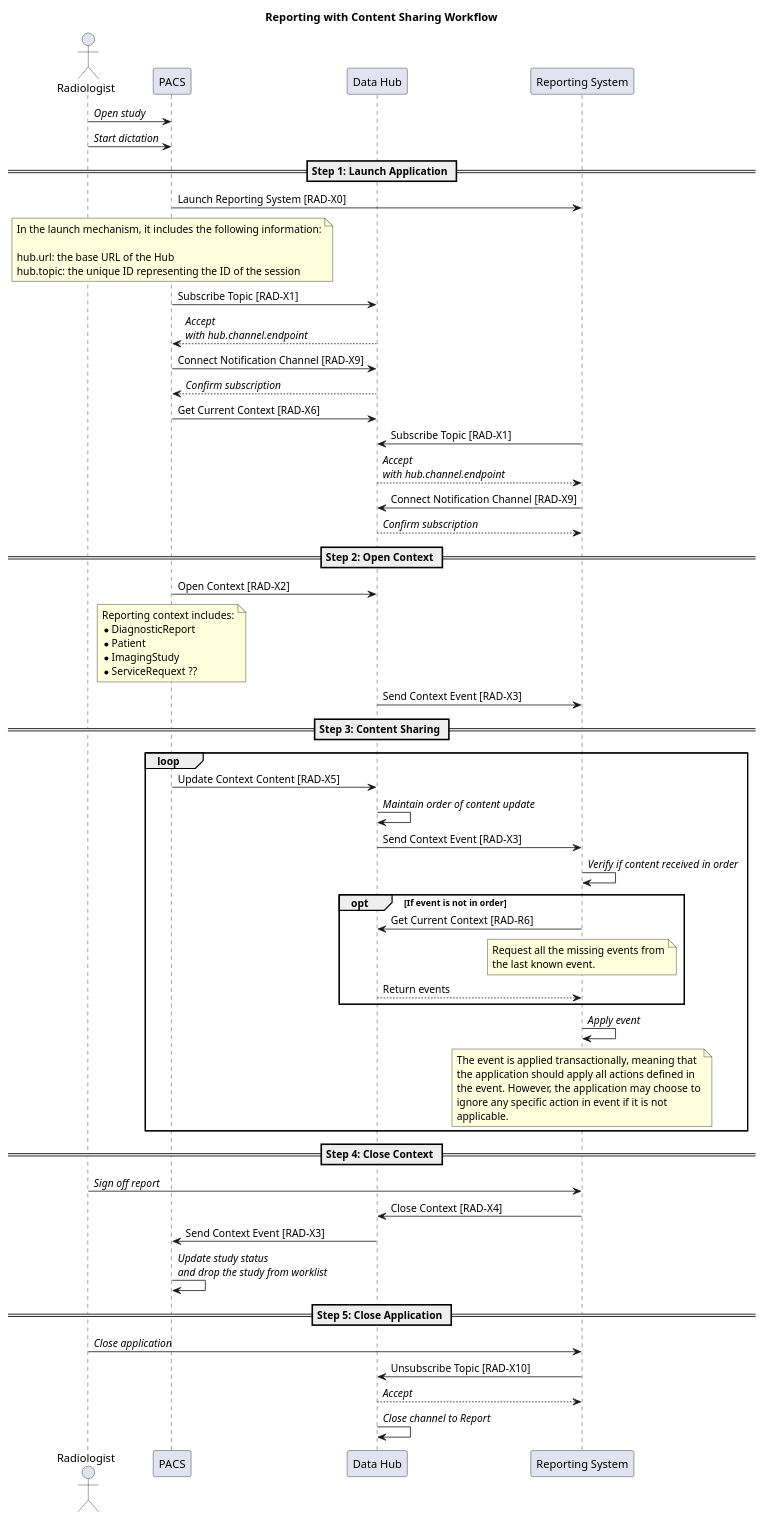
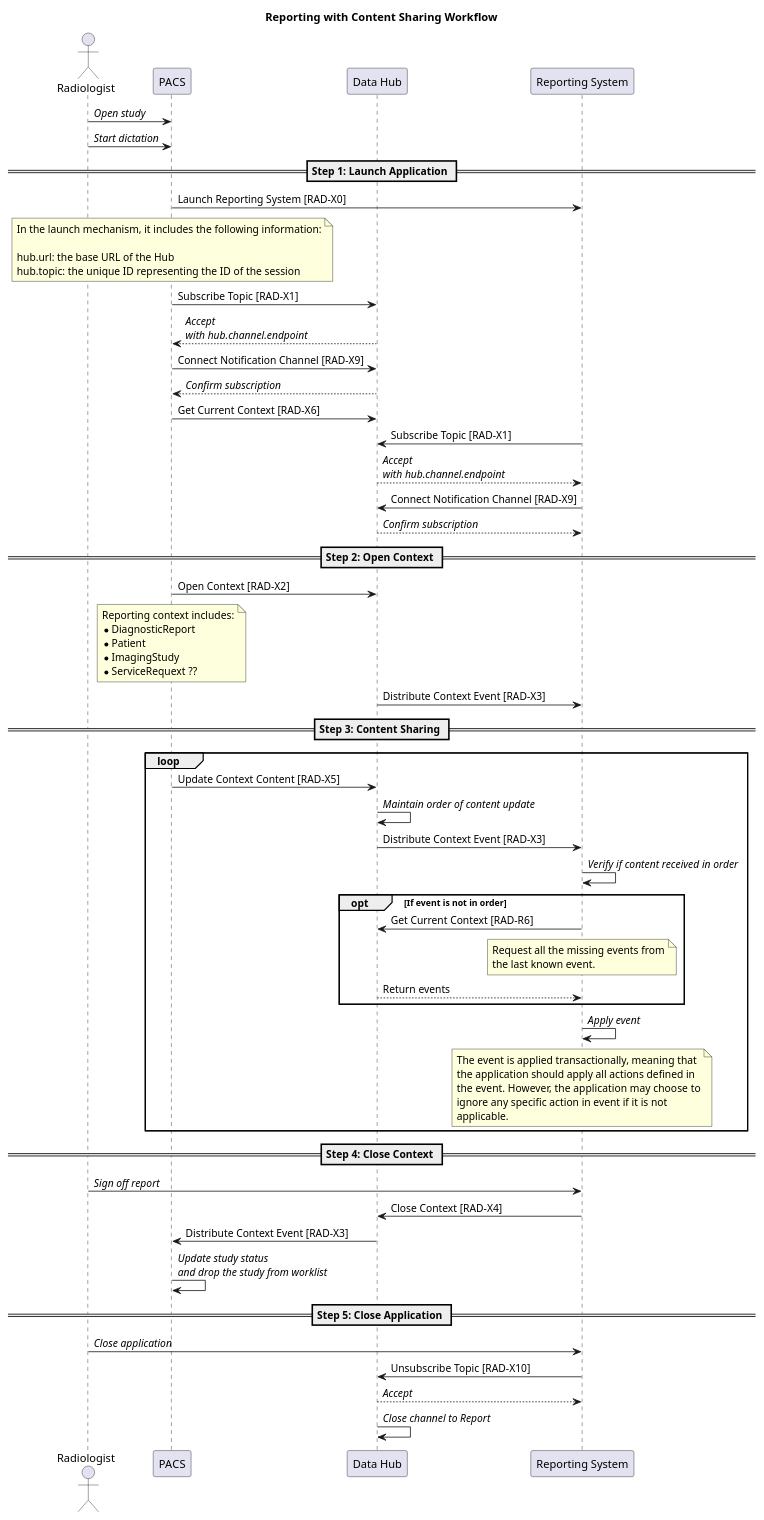
The diagram in input/images-source/reporting_with_content_sharing.plantuml (IHE/RAD.IRA), drawn with PlantUML before and after one commit. The commit also changed 11 other files, not shown here.

Commit message:
Changed RAD-X9 to Distribute Context Event.

```diff
--- a/input/images-source/reporting_with_content_sharing.plantuml
+++ b/input/images-source/reporting_with_content_sharing.plantuml
@@ -1,90 +1,90 @@
 @startuml reporting_with_content_sharing
 
 title Reporting with Content Sharing Workflow
 
 actor Radiologist
 participant "PACS" as PACS
 participant "Data Hub" as Hub
 participant "Reporting System" as Report
 
 Radiologist->PACS: //Open study//
 Radiologist->PACS: //Start dictation//
 
 == Step 1: Launch Application ==
 
 PACS->Report: Launch Reporting System [RAD-X0]
 note over PACS
 In the launch mechanism, it includes the following information:
 
 hub.url: the base URL of the Hub
 hub.topic: the unique ID representing the ID of the session
 end note
 
 PACS->Hub: Subscribe Topic [RAD-X1]
 Hub-->PACS: //Accept//\n//with hub.channel.endpoint//
 PACS->Hub: Connect Notification Channel [RAD-X9]
 Hub-->PACS: //Confirm subscription//
 PACS->Hub: Get Current Context [RAD-X6]
 
 Report->Hub: Subscribe Topic [RAD-X1]
 Hub-->Report: //Accept//\n//with hub.channel.endpoint//
 Report->Hub: Connect Notification Channel [RAD-X9]
 Hub-->Report: //Confirm subscription//
 
 == Step 2: Open Context ==
 
 PACS->Hub: Open Context [RAD-X2]
 note over PACS
 Reporting context includes:
 * DiagnosticReport
 * Patient
 * ImagingStudy
 * ServiceRequext ??
 end note
 
-Hub->Report: Send Context Event [RAD-X3]
+Hub->Report: Distribute Context Event [RAD-X3]
 
 == Step 3: Content Sharing ==
 
 loop
 PACS->Hub: Update Context Content [RAD-X5]
 Hub->Hub: //Maintain order of content update//
-Hub->Report: Send Context Event [RAD-X3]
+Hub->Report: Distribute Context Event [RAD-X3]
 Report->Report: //Verify if content received in order//
 
     opt If event is not in order
     Report->Hub: Get Current Context [RAD-R6]
     note over Report
     Request all the missing events from
     the last known event.
     end note
     Hub-->Report: Return events
     end opt
 
 Report->Report: //Apply event//
 note over Report
 The event is applied transactionally, meaning that
 the application should apply all actions defined in
 the event. However, the application may choose to
 ignore any specific action in event if it is not
 applicable.
 end note
 end loop
 
 == Step 4: Close Context ==
 
 Radiologist->Report: //Sign off report//
 Report->Hub: Close Context [RAD-X4]
-Hub->PACS: Send Context Event [RAD-X3]
+Hub->PACS: Distribute Context Event [RAD-X3]
 
 PACS->PACS: //Update study status//\n//and drop the study from worklist//
 
 == Step 5: Close Application ==
 
 Radiologist->Report: //Close application//
 
 Report->Hub: Unsubscribe Topic [RAD-X10]
 Hub-->Report: //Accept//
 Hub->Hub: //Close channel to Report//
 
 @enduml
```
